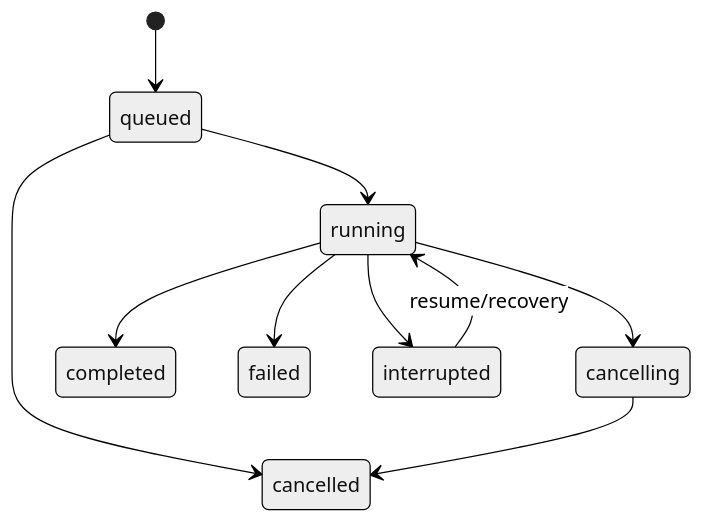
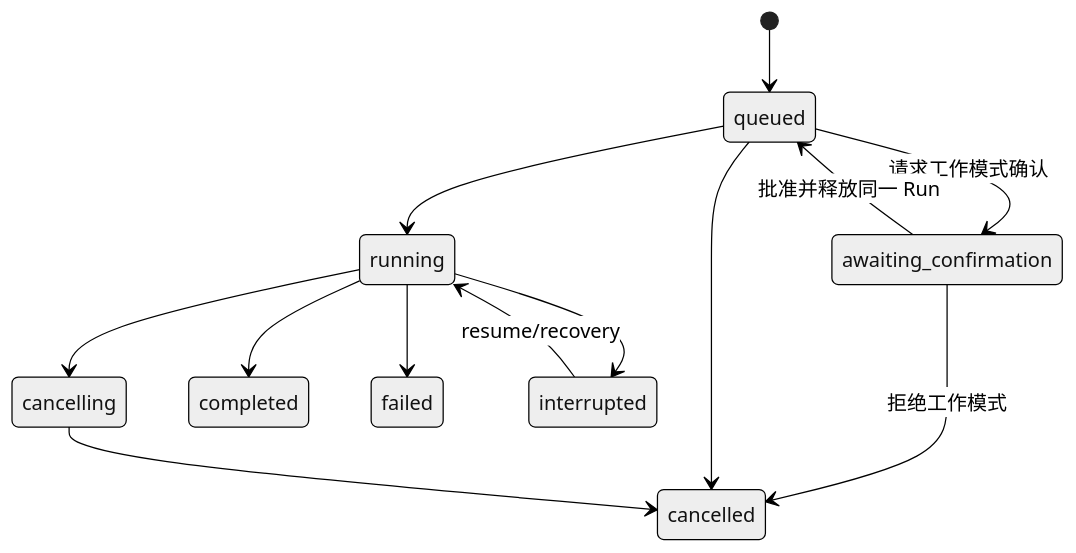
One commit to Hry1729/Fox-Agent changed the diagram in docs/04-技术参考/错误与状态.md. Above: the diagram before and after it, drawn with Mermaid (neutral theme). The commit also changed other lines of this file and 8 other files, not shown here.

````diff
--- a/docs/04-技术参考/错误与状态.md
+++ b/docs/04-技术参考/错误与状态.md
@@ -165,12 +165,15 @@
 ```mermaid
 stateDiagram-v2
     [*] --> queued
+    queued --> awaiting_confirmation: 请求工作模式确认
+    awaiting_confirmation --> queued: 批准并释放同一 Run
+    awaiting_confirmation --> cancelled: 拒绝工作模式
     queued --> running
     queued --> cancelled
     running --> cancelling
     cancelling --> cancelled
     running --> completed
     running --> failed
     running --> interrupted
     interrupted --> running: resume/recovery
 ```
````
